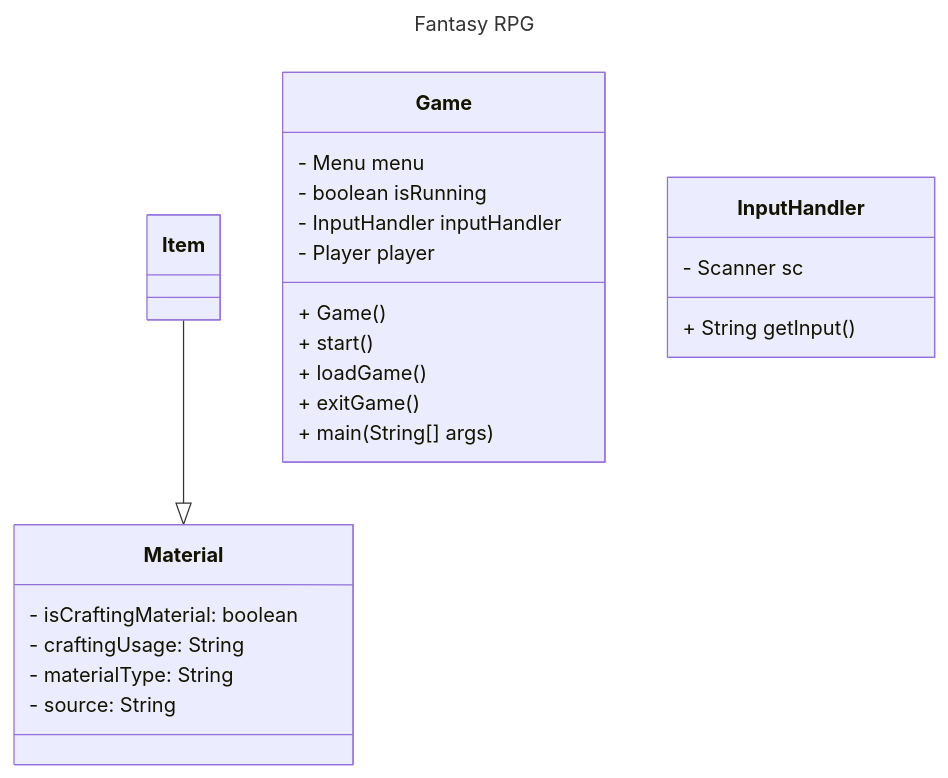
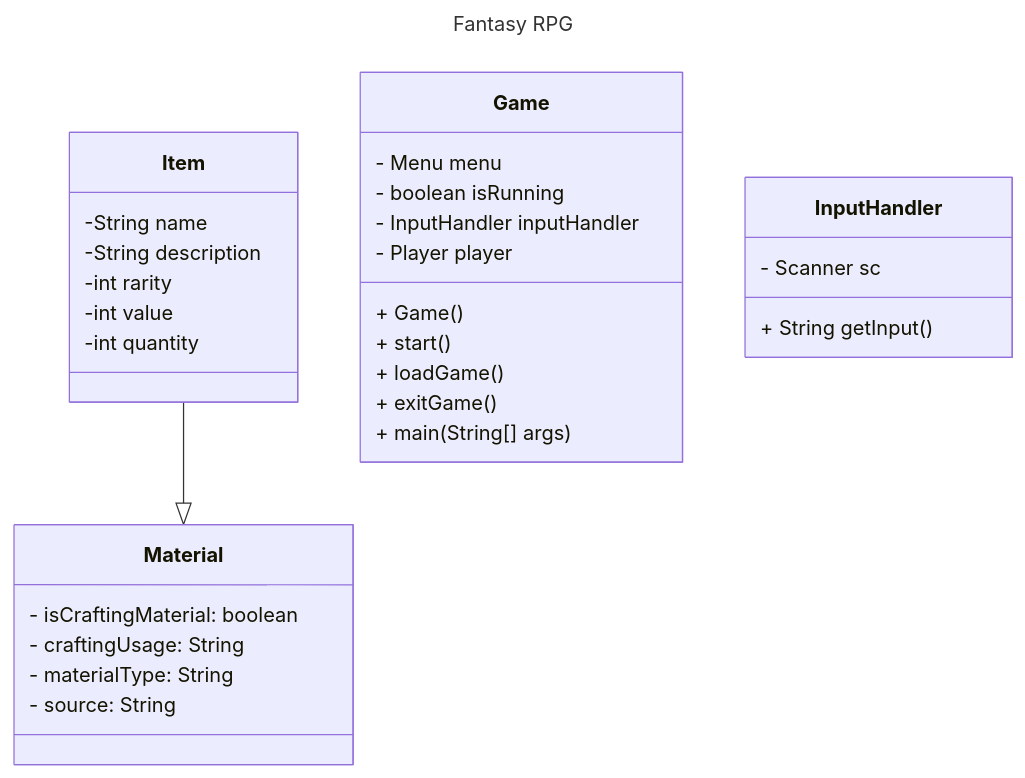
One commit to pacalso-jjc/2425-2nd-cc3-1b-rpg changed the diagram in wiki/Class-Diagram.md. Above: the diagram before and after it, drawn with Mermaid.

Commit message:
Add back commit of Item class

````diff
--- a/wiki/Class-Diagram.md
+++ b/wiki/Class-Diagram.md
@@ -1,30 +1,38 @@
 ```mermaid
 ---
 title: Fantasy RPG
 ---
 classDiagram
     Item --|> Material
     class Material {
         - isCraftingMaterial: boolean
         - craftingUsage: String
         - materialType: String
         - source: String
+    }
+
+    class Item{
+        -String name
+        -String description
+        -int rarity
+        -int value
+        -int quantity
     }
 
     class Game{
         - Menu menu
         - boolean isRunning
         - InputHandler inputHandler
         - Player player
         + Game()
         + start()
         + loadGame()
         + exitGame()
         + main(String[] args)
     }
 
     class InputHandler{
         - Scanner sc
         + String getInput()
     }
 ```
````
